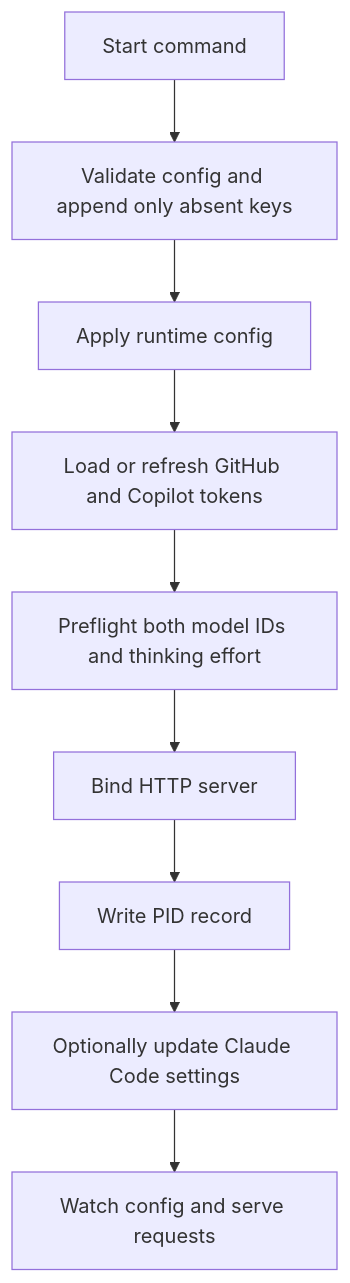
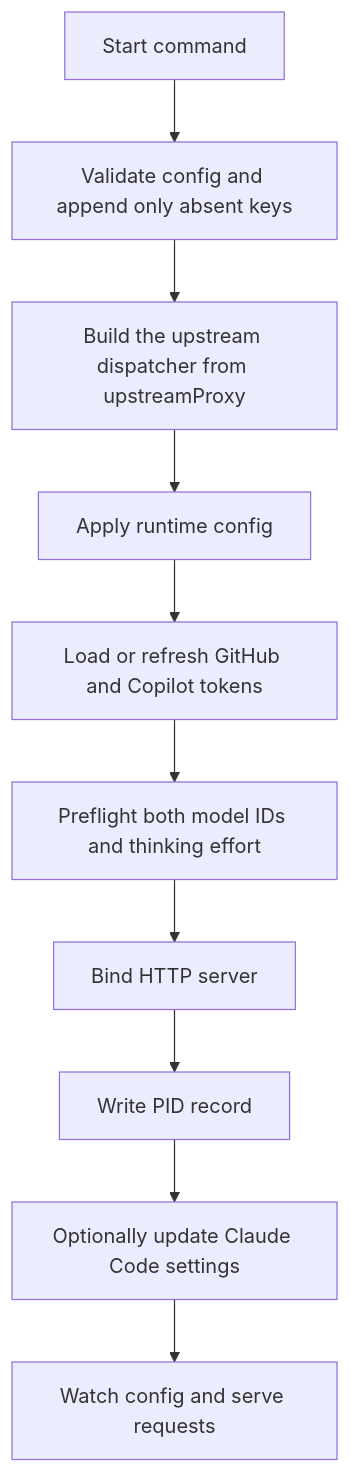
Before and after one commit to D0n9X1n/copilot-relay: the third of 4 diagrams in wiki/EN-Architecture.md, drawn with Mermaid. The commit also changed other lines of this file and 37 other files, not shown here.

````diff
--- a/wiki/EN-Architecture.md
+++ b/wiki/EN-Architecture.md
@@ -197,11 +198,12 @@
 ```mermaid
 flowchart TD
     A[Start command] --> B[Validate config and append only absent keys]
-    B --> C[Apply runtime config]
+    B --> U[Build the upstream dispatcher from upstreamProxy]
+    U --> C[Apply runtime config]
     C --> D[Load or refresh GitHub and Copilot tokens]
     D --> E[Preflight both model IDs and thinking effort]
     E --> F[Bind HTTP server]
     F --> G[Write PID record]
     G --> H[Optionally update Claude Code settings]
     H --> I[Watch config and serve requests]
 ```
````
